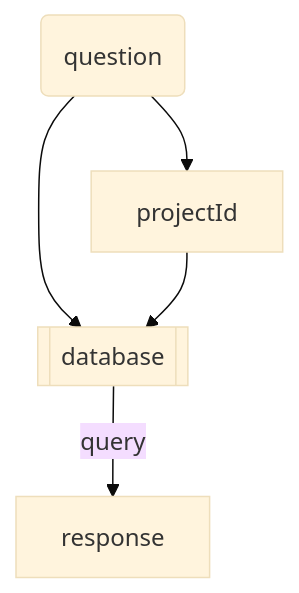
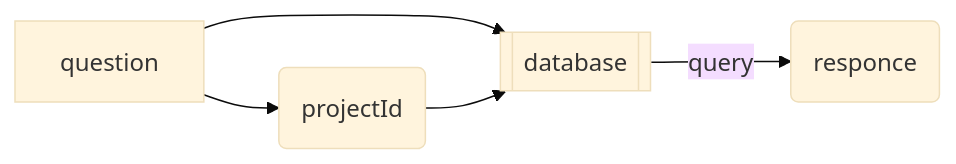
The second of 3 diagrams in README.md (receptron/graphai), drawn with Mermaid (base theme) before and after one commit. The commit also changed other lines of this file, not shown here.

Commit message:
more mermaid diagrams in README

````diff
--- a/README.md
+++ b/README.md
@@ -177,7 +177,7 @@
 ```mermaid
-flowchart TD
- question(question) --> projectId
+flowchart LR
+ question --> projectId(projectId)
  question --> database
  projectId --> database
- database[[database]] -- query --> response
+ database[[database]] -- query --> response(responce)
 ```
````
